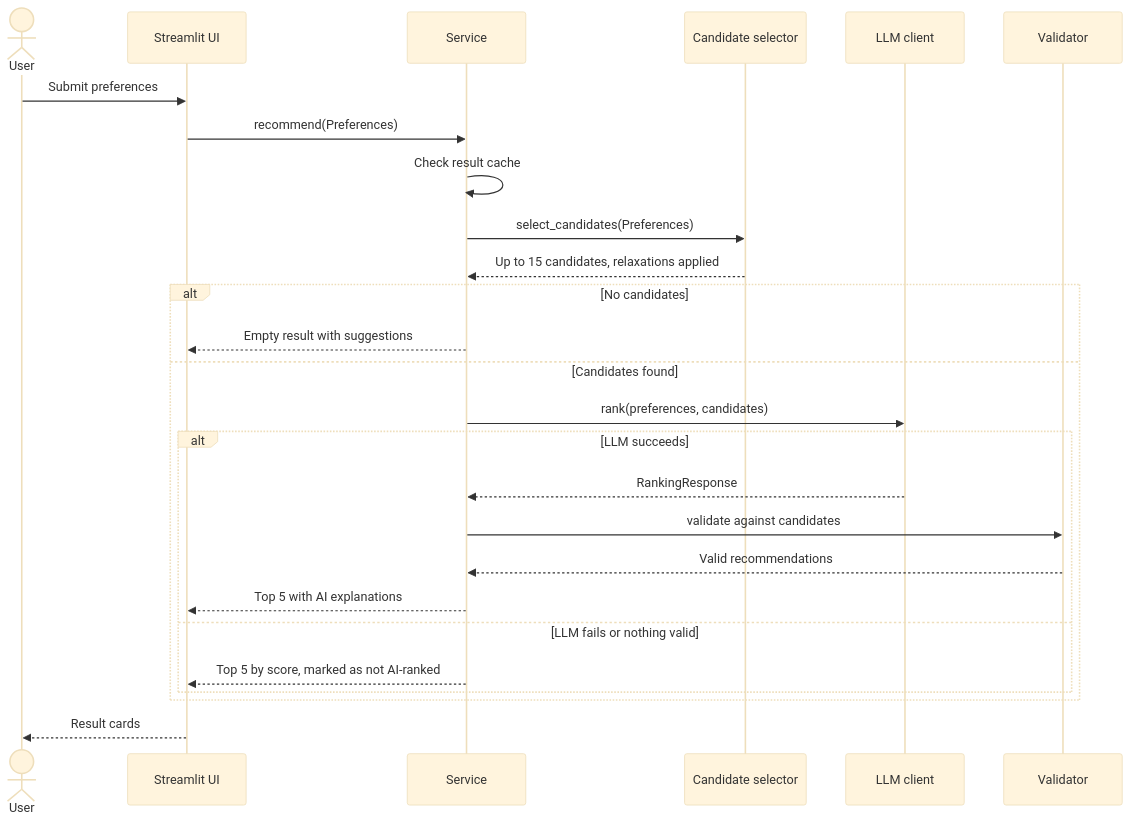
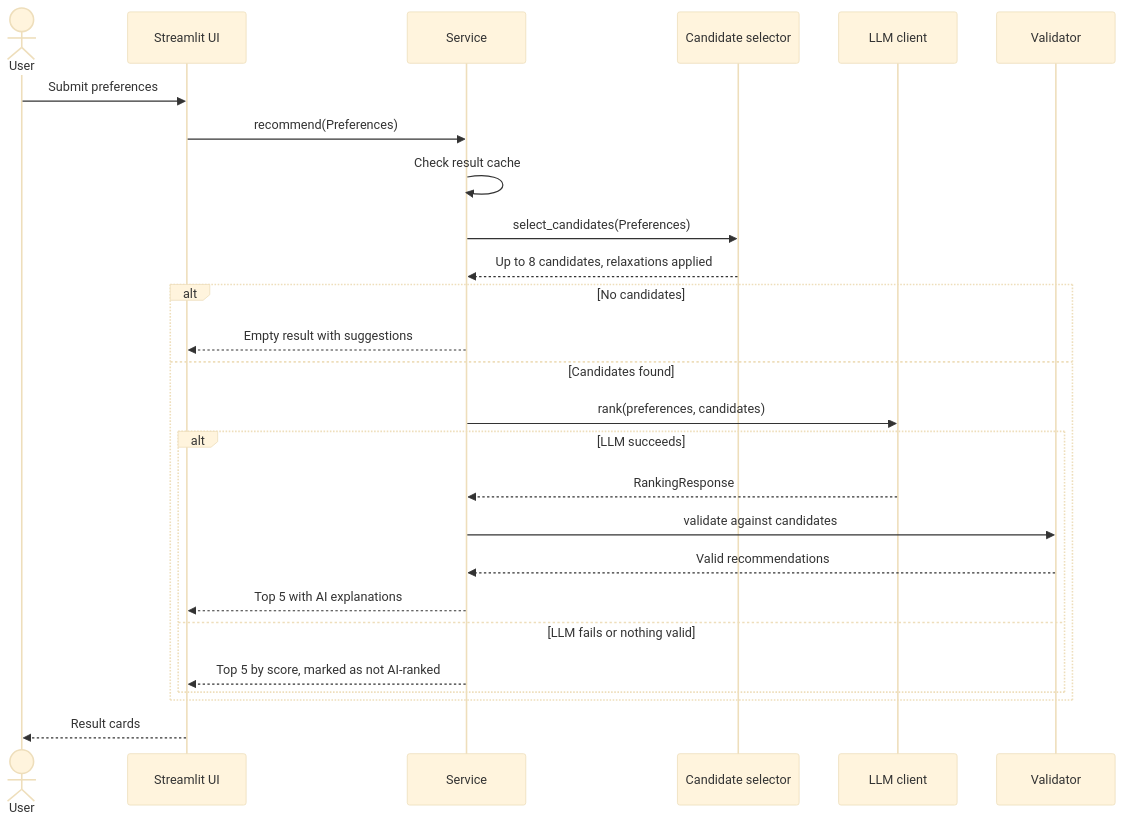
Before and after one commit to fxdarshan/BLB-Benga-luru-Bytes: the second of 2 diagrams in Doc/architecture.md, drawn with Mermaid (base theme). The commit also changed other lines of this file and 44 other files, not shown here.

````diff
--- a/Doc/architecture.md
+++ b/Doc/architecture.md
@@ -93,30 +93,30 @@
 ```mermaid
 sequenceDiagram
     actor User
     participant UI as Streamlit UI
     participant S as Service
     participant F as Candidate selector
     participant L as LLM client
     participant V as Validator
 
     User->>UI: Submit preferences
     UI->>S: recommend(Preferences)
     S->>S: Check result cache
     S->>F: select_candidates(Preferences)
-    F-->>S: Up to 15 candidates, relaxations applied
+    F-->>S: Up to 8 candidates, relaxations applied
 
     alt No candidates
         S-->>UI: Empty result with suggestions
     else Candidates found
         S->>L: rank(preferences, candidates)
         alt LLM succeeds
             L-->>S: RankingResponse
             S->>V: validate against candidates
             V-->>S: Valid recommendations
             S-->>UI: Top 5 with AI explanations
         else LLM fails or nothing valid
             S-->>UI: Top 5 by score, marked as not AI-ranked
         end
     end
     UI-->>User: Result cards
 ```
````
